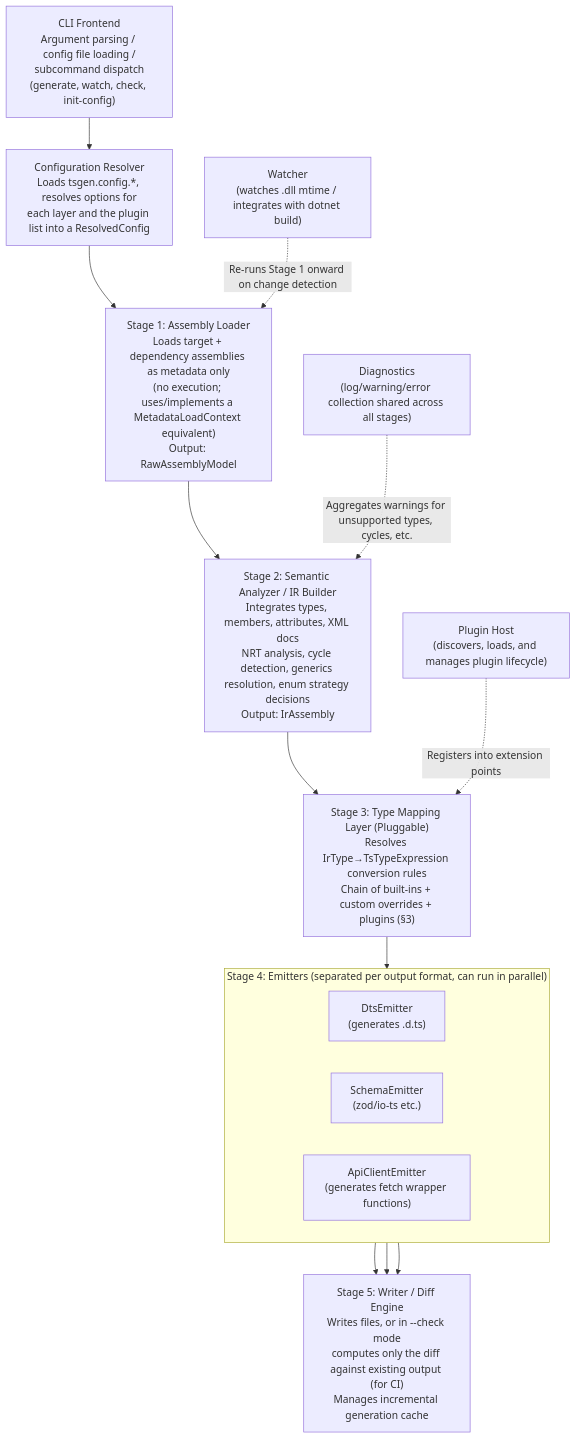
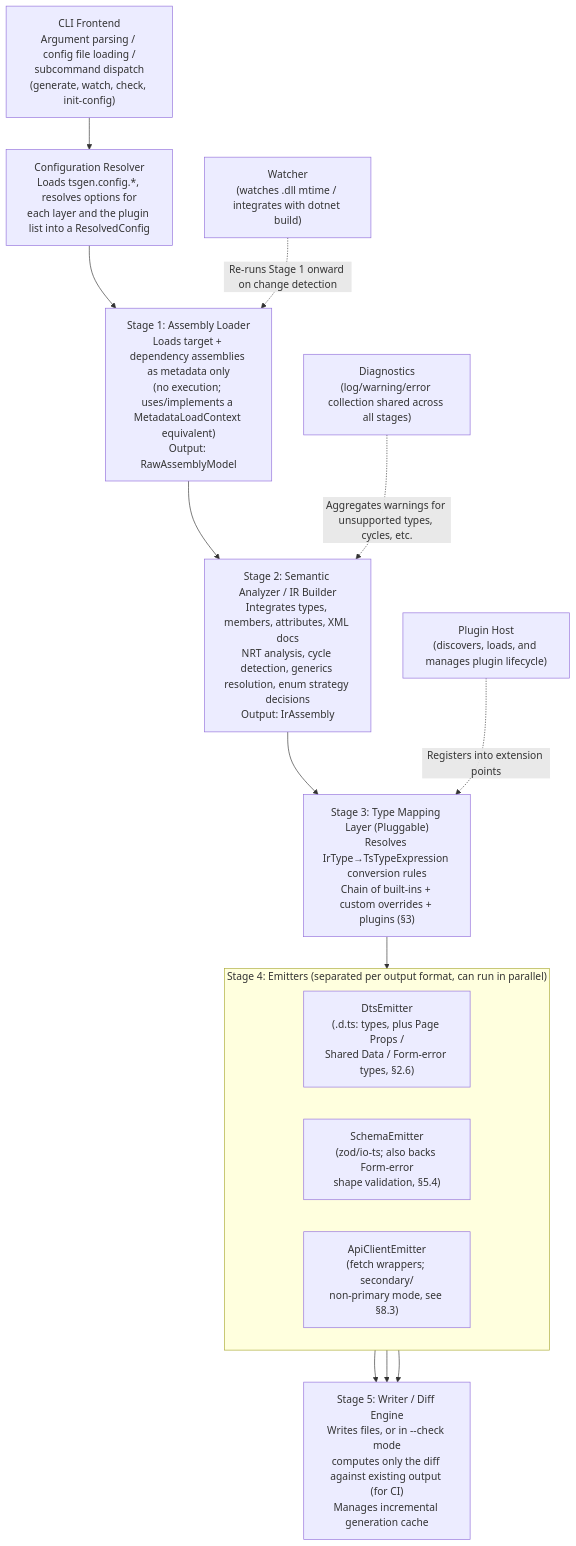
One commit to tankoha/oxygene-tsgen changed the first of 5 diagrams in docs/DESIGN.md. Above: the diagram before and after it, drawn with Mermaid. The commit also changed other lines of this file and 3 other files, not shown here.

First line of the commit message:
Pivot primary use case to Inertia.js Page Props generation

````diff
--- a/docs/DESIGN.md
+++ b/docs/DESIGN.md
@@ -54,26 +89,26 @@
 ```mermaid
 flowchart TD
     CLI["CLI Frontend<br/>Argument parsing / config file loading /<br/>subcommand dispatch<br/>(generate, watch, check, init-config)"]
     CFG["Configuration Resolver<br/>Loads tsgen.config.*, resolves options for<br/>each layer and the plugin list into a ResolvedConfig"]
     S1["Stage 1: Assembly Loader<br/>Loads target + dependency assemblies as metadata only<br/>(no execution; uses/implements a MetadataLoadContext equivalent)<br/>Output: RawAssemblyModel"]
     S2["Stage 2: Semantic Analyzer / IR Builder<br/>Integrates types, members, attributes, XML docs<br/>NRT analysis, cycle detection, generics resolution, enum strategy decisions<br/>Output: IrAssembly"]
     S3["Stage 3: Type Mapping Layer (Pluggable)<br/>Resolves IrType→TsTypeExpression conversion rules<br/>Chain of built-ins + custom overrides + plugins (§3)"]
 
     subgraph S4["Stage 4: Emitters (separated per output format, can run in parallel)"]
         direction LR
-        S4DTS["DtsEmitter<br/>(generates .d.ts)"]
-        S4SCHEMA["SchemaEmitter<br/>(zod/io-ts etc.)"]
-        S4API["ApiClientEmitter<br/>(generates fetch wrapper functions)"]
+        S4DTS["DtsEmitter<br/>(.d.ts: types, plus Page Props /<br/>Shared Data / Form-error types, §2.6)"]
+        S4SCHEMA["SchemaEmitter<br/>(zod/io-ts; also backs Form-error<br/>shape validation, §5.4)"]
+        S4API["ApiClientEmitter<br/>(fetch wrappers; secondary/<br/>non-primary mode, see §8.3)"]
     end
 
     S5["Stage 5: Writer / Diff Engine<br/>Writes files, or in --check mode<br/>computes only the diff against existing output (for CI)<br/>Manages incremental generation cache"]
 
     CLI --> CFG --> S1 --> S2 --> S3 --> S4
     S4DTS --> S5
     S4SCHEMA --> S5
     S4API --> S5
 
     Watcher["Watcher<br/>(watches .dll mtime / integrates with dotnet build)"] -.->|Re-runs Stage 1 onward on change detection| S1
     PluginHost["Plugin Host<br/>(discovers, loads, and manages plugin lifecycle)"] -.->|Registers into extension points| S3
     Diag["Diagnostics<br/>(log/warning/error collection shared across all stages)"] -.->|Aggregates warnings for unsupported types, cycles, etc.| S2
 ```
````
